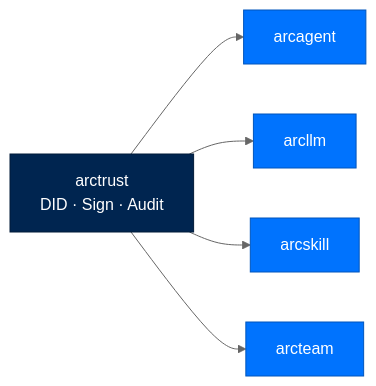
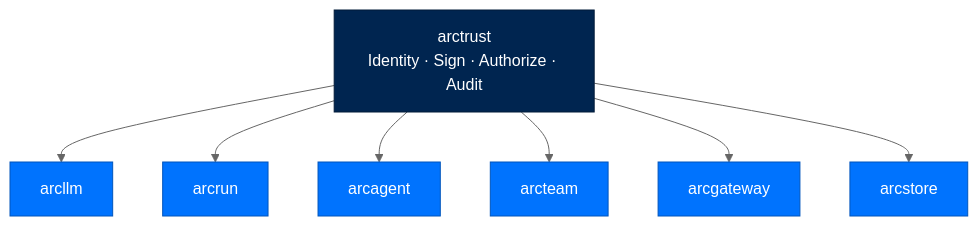
One commit to joshuamschultz/Arc changed the first of 3 diagrams in docs/building/packages/arctrust.md. Above: the diagram before and after it, drawn with Mermaid (neutral theme). The commit also changed other lines of this file and 7 other files, not shown here.

````diff
--- a/docs/building/packages/arctrust.md
+++ b/docs/building/packages/arctrust.md
@@ -19,10 +25,13 @@
 ```mermaid
-flowchart LR
+flowchart TB
     classDef trust fill:#002550,stroke:#001A38,color:#FFFFFF
     classDef system fill:#0073FE,stroke:#0055BC,color:#FFFFFF
 
-    arctrust[arctrust<br/>DID · Sign · Audit]:::trust --> arcagent[arcagent]:::system
+    arctrust["arctrust<br/>Identity · Sign · Authorize · Audit"]:::trust
     arctrust --> arcllm[arcllm]:::system
-    arctrust --> arcskill[arcskill]:::system
+    arctrust --> arcrun[arcrun]:::system
+    arctrust --> arcagent[arcagent]:::system
     arctrust --> arcteam[arcteam]:::system
+    arctrust --> arcgateway[arcgateway]:::system
+    arctrust --> arcstore[arcstore]:::system
 ```
````
